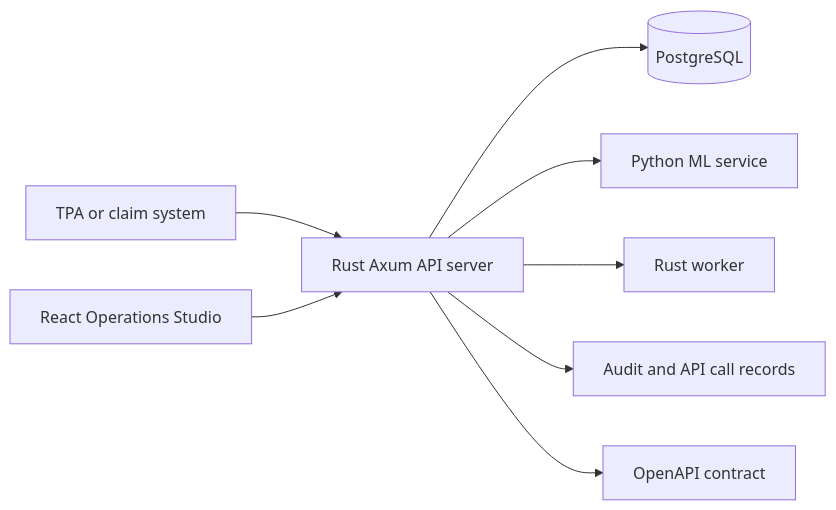
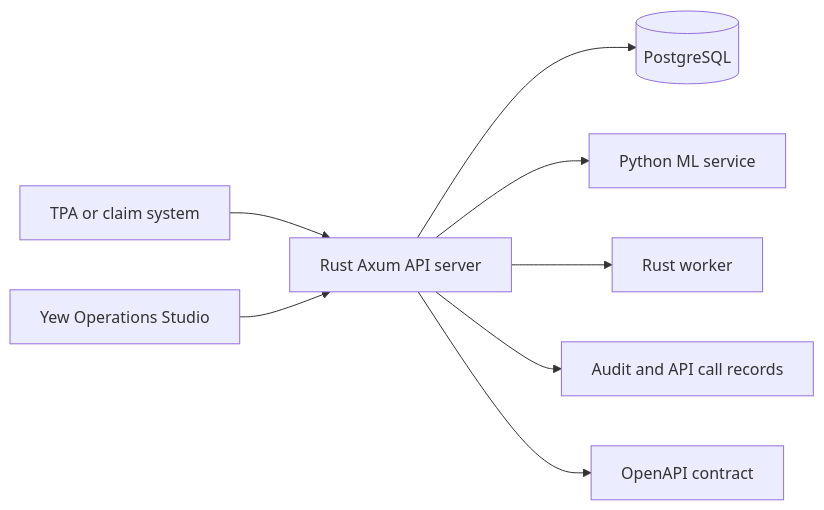
The diagram in docs/project/architecture.md (proerror77/nwfwa), drawn with Mermaid before and after one commit. The commit also changed other lines of this file and 83 other files, not shown here.

Commit message:
Migrate web console to Yew

````diff
--- a/docs/project/architecture.md
+++ b/docs/project/architecture.md
@@ -12,10 +12,10 @@
 ```mermaid
 flowchart LR
     TPA[TPA or claim system] --> API[Rust Axum API server]
     API --> DB[(PostgreSQL)]
     API --> ML[Python ML service]
     API --> Worker[Rust worker]
-    Web[React Operations Studio] --> API
+    Web[Yew Operations Studio] --> API
     API --> Audit[Audit and API call records]
     API --> OpenAPI[OpenAPI contract]
 ```
````
